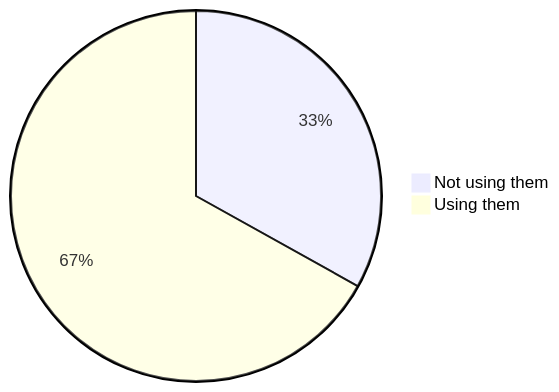
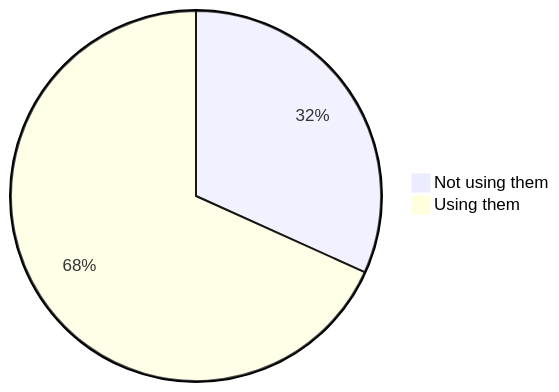
Before and after one commit to oshp/oshp-stats: the first of 22 diagrams in stats.md, drawn with Mermaid. The commit also changed other lines of this file, not shown here.

````diff
--- a/stats.md
+++ b/stats.md
@@ -10,6 +10,6 @@
 ```mermaid
 pie
-	"Not using them" : 33.09
-	"Using them" : 66.91
+	"Not using them" : 31.75
+	"Using them" : 68.25
 
 ```
````
